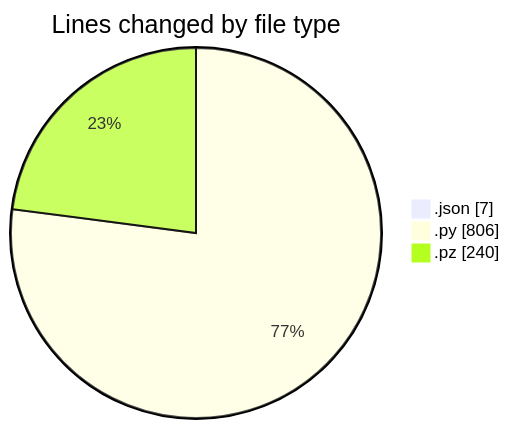
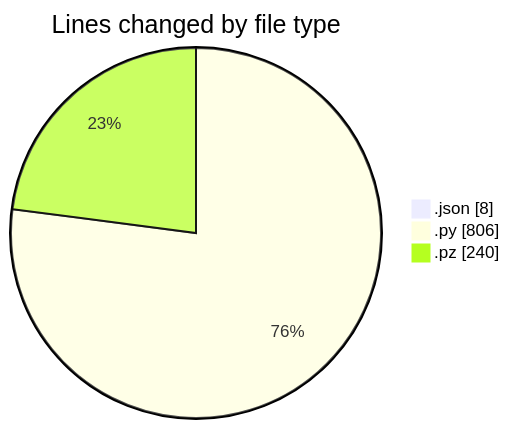
Before and after one commit to MatusMokan/code-tracking: the first of 2 diagrams in 2025-02-18/myws__workspace_/README.md, drawn with Mermaid. The commit also changed other lines of this file and 1 other file, not shown here.

````diff
--- a/2025-02-18/myws__workspace_/README.md
+++ b/2025-02-18/myws__workspace_/README.md
@@ -26,7 +26,7 @@
 ```mermaid
 pie showData
 title Lines changed by file type
-".json" : 7
+".json" : 8
 ".py" : 806
 ".pz" : 240
 ```
````
